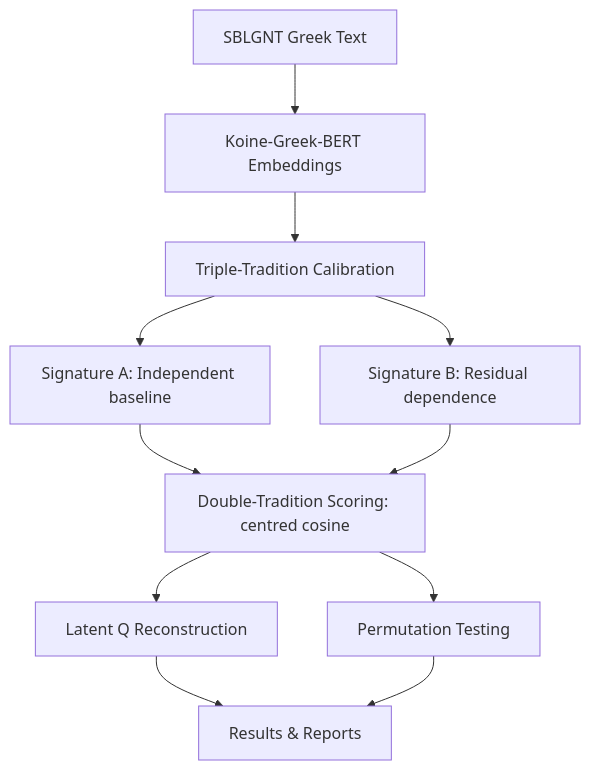
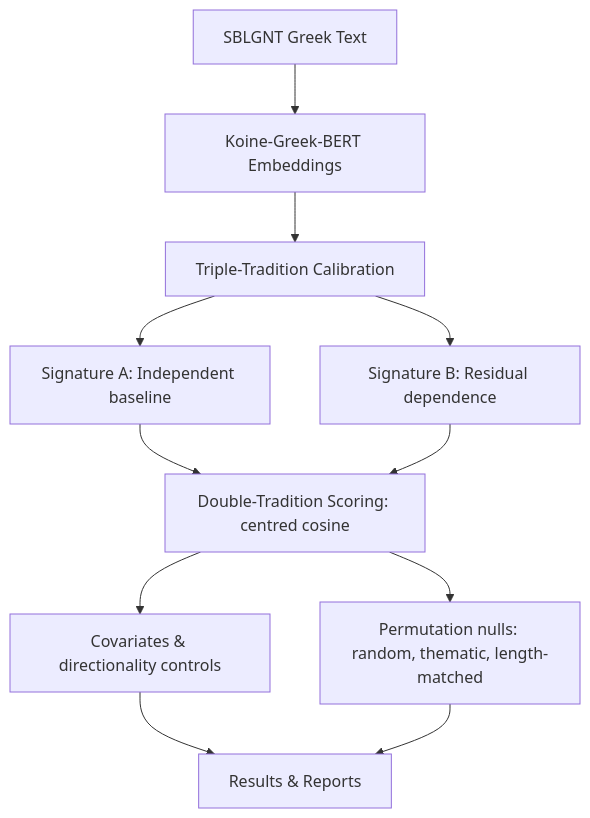
The diagram in site/index.md (Agnieszkachr/stcm), drawn with Mermaid before and after one commit. The commit also changed 48 other files, not shown here.

````diff
--- a/site/index.md
+++ b/site/index.md
@@ -11,13 +11,13 @@
 ```mermaid
 graph TD
     A[SBLGNT Greek Text] --> B[Koine-Greek-BERT Embeddings]
     B --> C[Triple-Tradition Calibration]
     C --> D[Signature A: Independent baseline]
     C --> E[Signature B: Residual dependence]
     D --> F[Double-Tradition Scoring: centred cosine]
     E --> F
-    F --> G[Latent Q Reconstruction]
-    F --> H[Permutation Testing]
+    F --> H[Permutation nulls: random, thematic, length-matched]
+    F --> G[Covariates & directionality controls]
     G --> I[Results & Reports]
     H --> I
 ```
````
